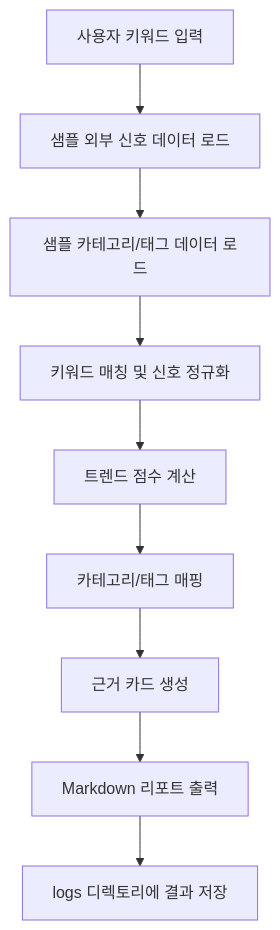
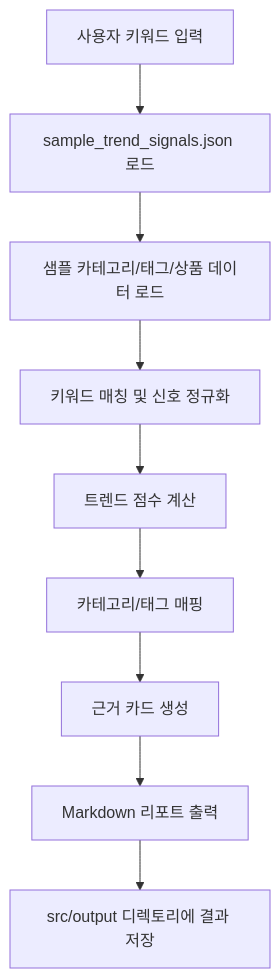
One commit to youngsoosoo/axwar changed the diagram in musinsa/submission/README.md. Above: the diagram before and after it, drawn with Mermaid. The commit also changed other lines of this file and 2 other files, not shown here.

````diff
--- a/musinsa/submission/README.md
+++ b/musinsa/submission/README.md
@@ -399,11 +408,11 @@
 ```mermaid
 flowchart TD
-    A[사용자 키워드 입력] --> B[샘플 외부 신호 데이터 로드]
-    B --> C[샘플 카테고리/태그 데이터 로드]
+    A[사용자 키워드 입력] --> B[sample_trend_signals.json 로드]
+    B --> C[샘플 카테고리/태그/상품 데이터 로드]
     C --> D[키워드 매칭 및 신호 정규화]
     D --> E[트렌드 점수 계산]
     E --> F[카테고리/태그 매핑]
     F --> G[근거 카드 생성]
     G --> H[Markdown 리포트 출력]
-    H --> I[logs 디렉토리에 결과 저장]
+    H --> I[src/output 디렉토리에 결과 저장]
 ```
````
